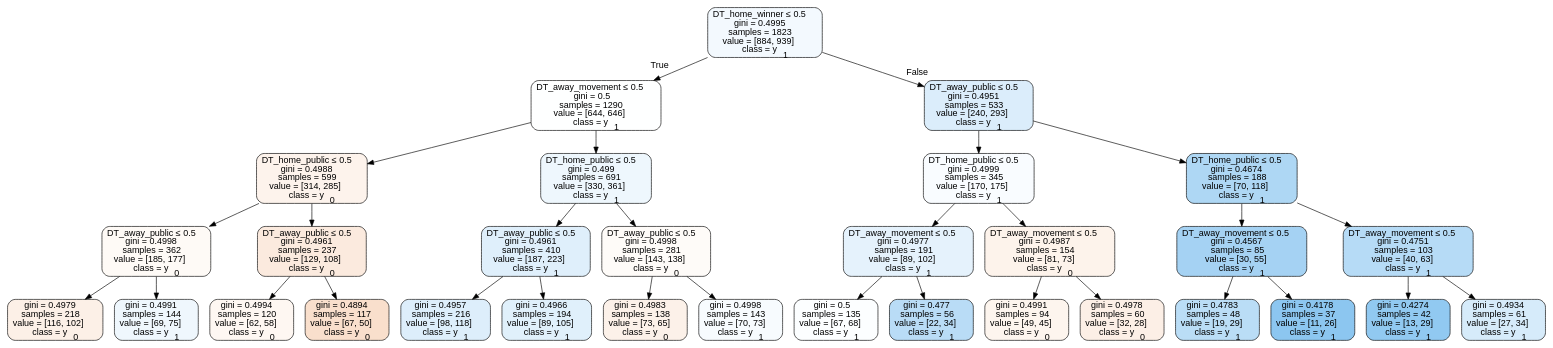
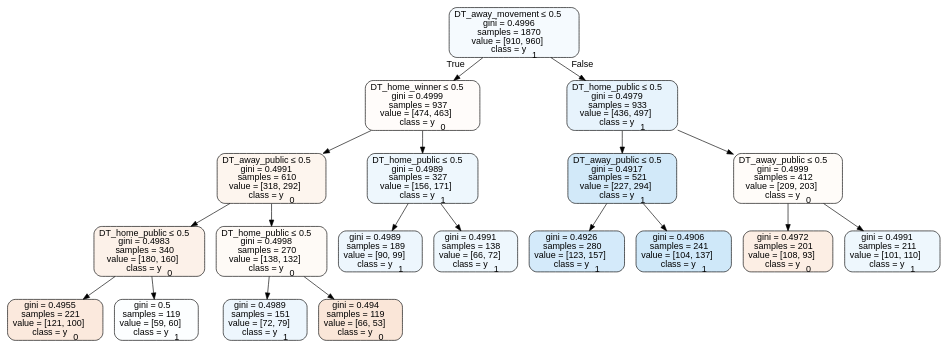
The diagram in tree_data/tree2016neutral.dot (usbogie/ncaa-bets), drawn with Graphviz before and after one commit. The commit also changed 50 other files, not shown here.

```diff
--- a/tree_data/tree2016neutral.dot
+++ b/tree_data/tree2016neutral.dot
@@ -1,65 +1,41 @@
 digraph Tree {
 node [shape=box, style="filled, rounded", color="black", fontname=helvetica] ;
 edge [fontname=helvetica] ;
-0 [label=<DT_home_winner &le; 0.5<br/>gini = 0.4995<br/>samples = 1823<br/>value = [884, 939]<br/>class = y<SUB>1</SUB>>, fillcolor="#399de50f"] ;
-1 [label=<DT_away_movement &le; 0.5<br/>gini = 0.5<br/>samples = 1290<br/>value = [644, 646]<br/>class = y<SUB>1</SUB>>, fillcolor="#399de501"] ;
+0 [label=<DT_away_movement &le; 0.5<br/>gini = 0.4996<br/>samples = 1870<br/>value = [910, 960]<br/>class = y<SUB>1</SUB>>, fillcolor="#399de50d"] ;
+1 [label=<DT_home_winner &le; 0.5<br/>gini = 0.4999<br/>samples = 937<br/>value = [474, 463]<br/>class = y<SUB>0</SUB>>, fillcolor="#e5813906"] ;
 0 -> 1 [labeldistance=2.5, labelangle=45, headlabel="True"] ;
-2 [label=<DT_home_public &le; 0.5<br/>gini = 0.4988<br/>samples = 599<br/>value = [314, 285]<br/>class = y<SUB>0</SUB>>, fillcolor="#e5813918"] ;
+2 [label=<DT_away_public &le; 0.5<br/>gini = 0.4991<br/>samples = 610<br/>value = [318, 292]<br/>class = y<SUB>0</SUB>>, fillcolor="#e5813915"] ;
 1 -> 2 ;
-3 [label=<DT_away_public &le; 0.5<br/>gini = 0.4998<br/>samples = 362<br/>value = [185, 177]<br/>class = y<SUB>0</SUB>>, fillcolor="#e581390b"] ;
+3 [label=<DT_home_public &le; 0.5<br/>gini = 0.4983<br/>samples = 340<br/>value = [180, 160]<br/>class = y<SUB>0</SUB>>, fillcolor="#e581391c"] ;
 2 -> 3 ;
-4 [label=<gini = 0.4979<br/>samples = 218<br/>value = [116, 102]<br/>class = y<SUB>0</SUB>>, fillcolor="#e581391f"] ;
+4 [label=<gini = 0.4955<br/>samples = 221<br/>value = [121, 100]<br/>class = y<SUB>0</SUB>>, fillcolor="#e581392c"] ;
 3 -> 4 ;
-5 [label=<gini = 0.4991<br/>samples = 144<br/>value = [69, 75]<br/>class = y<SUB>1</SUB>>, fillcolor="#399de514"] ;
+5 [label=<gini = 0.5<br/>samples = 119<br/>value = [59, 60]<br/>class = y<SUB>1</SUB>>, fillcolor="#399de504"] ;
 3 -> 5 ;
-6 [label=<DT_away_public &le; 0.5<br/>gini = 0.4961<br/>samples = 237<br/>value = [129, 108]<br/>class = y<SUB>0</SUB>>, fillcolor="#e581392a"] ;
+6 [label=<DT_home_public &le; 0.5<br/>gini = 0.4998<br/>samples = 270<br/>value = [138, 132]<br/>class = y<SUB>0</SUB>>, fillcolor="#e581390b"] ;
 2 -> 6 ;
-7 [label=<gini = 0.4994<br/>samples = 120<br/>value = [62, 58]<br/>class = y<SUB>0</SUB>>, fillcolor="#e5813910"] ;
+7 [label=<gini = 0.4989<br/>samples = 151<br/>value = [72, 79]<br/>class = y<SUB>1</SUB>>, fillcolor="#399de517"] ;
 6 -> 7 ;
-8 [label=<gini = 0.4894<br/>samples = 117<br/>value = [67, 50]<br/>class = y<SUB>0</SUB>>, fillcolor="#e5813941"] ;
+8 [label=<gini = 0.494<br/>samples = 119<br/>value = [66, 53]<br/>class = y<SUB>0</SUB>>, fillcolor="#e5813932"] ;
 6 -> 8 ;
-9 [label=<DT_home_public &le; 0.5<br/>gini = 0.499<br/>samples = 691<br/>value = [330, 361]<br/>class = y<SUB>1</SUB>>, fillcolor="#399de516"] ;
+9 [label=<DT_home_public &le; 0.5<br/>gini = 0.4989<br/>samples = 327<br/>value = [156, 171]<br/>class = y<SUB>1</SUB>>, fillcolor="#399de516"] ;
 1 -> 9 ;
-10 [label=<DT_away_public &le; 0.5<br/>gini = 0.4961<br/>samples = 410<br/>value = [187, 223]<br/>class = y<SUB>1</SUB>>, fillcolor="#399de529"] ;
+10 [label=<gini = 0.4989<br/>samples = 189<br/>value = [90, 99]<br/>class = y<SUB>1</SUB>>, fillcolor="#399de517"] ;
 9 -> 10 ;
-11 [label=<gini = 0.4957<br/>samples = 216<br/>value = [98, 118]<br/>class = y<SUB>1</SUB>>, fillcolor="#399de52b"] ;
-10 -> 11 ;
-12 [label=<gini = 0.4966<br/>samples = 194<br/>value = [89, 105]<br/>class = y<SUB>1</SUB>>, fillcolor="#399de527"] ;
-10 -> 12 ;
-13 [label=<DT_away_public &le; 0.5<br/>gini = 0.4998<br/>samples = 281<br/>value = [143, 138]<br/>class = y<SUB>0</SUB>>, fillcolor="#e5813909"] ;
-9 -> 13 ;
-14 [label=<gini = 0.4983<br/>samples = 138<br/>value = [73, 65]<br/>class = y<SUB>0</SUB>>, fillcolor="#e581391c"] ;
+11 [label=<gini = 0.4991<br/>samples = 138<br/>value = [66, 72]<br/>class = y<SUB>1</SUB>>, fillcolor="#399de515"] ;
+9 -> 11 ;
+12 [label=<DT_home_public &le; 0.5<br/>gini = 0.4979<br/>samples = 933<br/>value = [436, 497]<br/>class = y<SUB>1</SUB>>, fillcolor="#399de51f"] ;
+0 -> 12 [labeldistance=2.5, labelangle=-45, headlabel="False"] ;
+13 [label=<DT_away_public &le; 0.5<br/>gini = 0.4917<br/>samples = 521<br/>value = [227, 294]<br/>class = y<SUB>1</SUB>>, fillcolor="#399de53a"] ;
+12 -> 13 ;
+14 [label=<gini = 0.4926<br/>samples = 280<br/>value = [123, 157]<br/>class = y<SUB>1</SUB>>, fillcolor="#399de537"] ;
 13 -> 14 ;
-15 [label=<gini = 0.4998<br/>samples = 143<br/>value = [70, 73]<br/>class = y<SUB>1</SUB>>, fillcolor="#399de50a"] ;
+15 [label=<gini = 0.4906<br/>samples = 241<br/>value = [104, 137]<br/>class = y<SUB>1</SUB>>, fillcolor="#399de53d"] ;
 13 -> 15 ;
-16 [label=<DT_away_public &le; 0.5<br/>gini = 0.4951<br/>samples = 533<br/>value = [240, 293]<br/>class = y<SUB>1</SUB>>, fillcolor="#399de52e"] ;
-0 -> 16 [labeldistance=2.5, labelangle=-45, headlabel="False"] ;
-17 [label=<DT_home_public &le; 0.5<br/>gini = 0.4999<br/>samples = 345<br/>value = [170, 175]<br/>class = y<SUB>1</SUB>>, fillcolor="#399de507"] ;
+16 [label=<DT_away_public &le; 0.5<br/>gini = 0.4999<br/>samples = 412<br/>value = [209, 203]<br/>class = y<SUB>0</SUB>>, fillcolor="#e5813907"] ;
+12 -> 16 ;
+17 [label=<gini = 0.4972<br/>samples = 201<br/>value = [108, 93]<br/>class = y<SUB>0</SUB>>, fillcolor="#e5813923"] ;
 16 -> 17 ;
-18 [label=<DT_away_movement &le; 0.5<br/>gini = 0.4977<br/>samples = 191<br/>value = [89, 102]<br/>class = y<SUB>1</SUB>>, fillcolor="#399de521"] ;
-17 -> 18 ;
-19 [label=<gini = 0.5<br/>samples = 135<br/>value = [67, 68]<br/>class = y<SUB>1</SUB>>, fillcolor="#399de504"] ;
-18 -> 19 ;
-20 [label=<gini = 0.477<br/>samples = 56<br/>value = [22, 34]<br/>class = y<SUB>1</SUB>>, fillcolor="#399de55a"] ;
-18 -> 20 ;
-21 [label=<DT_away_movement &le; 0.5<br/>gini = 0.4987<br/>samples = 154<br/>value = [81, 73]<br/>class = y<SUB>0</SUB>>, fillcolor="#e5813919"] ;
-17 -> 21 ;
-22 [label=<gini = 0.4991<br/>samples = 94<br/>value = [49, 45]<br/>class = y<SUB>0</SUB>>, fillcolor="#e5813915"] ;
-21 -> 22 ;
-23 [label=<gini = 0.4978<br/>samples = 60<br/>value = [32, 28]<br/>class = y<SUB>0</SUB>>, fillcolor="#e5813920"] ;
-21 -> 23 ;
-24 [label=<DT_home_public &le; 0.5<br/>gini = 0.4674<br/>samples = 188<br/>value = [70, 118]<br/>class = y<SUB>1</SUB>>, fillcolor="#399de568"] ;
-16 -> 24 ;
-25 [label=<DT_away_movement &le; 0.5<br/>gini = 0.4567<br/>samples = 85<br/>value = [30, 55]<br/>class = y<SUB>1</SUB>>, fillcolor="#399de574"] ;
-24 -> 25 ;
-26 [label=<gini = 0.4783<br/>samples = 48<br/>value = [19, 29]<br/>class = y<SUB>1</SUB>>, fillcolor="#399de558"] ;
-25 -> 26 ;
-27 [label=<gini = 0.4178<br/>samples = 37<br/>value = [11, 26]<br/>class = y<SUB>1</SUB>>, fillcolor="#399de593"] ;
-25 -> 27 ;
-28 [label=<DT_away_movement &le; 0.5<br/>gini = 0.4751<br/>samples = 103<br/>value = [40, 63]<br/>class = y<SUB>1</SUB>>, fillcolor="#399de55d"] ;
-24 -> 28 ;
-29 [label=<gini = 0.4274<br/>samples = 42<br/>value = [13, 29]<br/>class = y<SUB>1</SUB>>, fillcolor="#399de58d"] ;
-28 -> 29 ;
-30 [label=<gini = 0.4934<br/>samples = 61<br/>value = [27, 34]<br/>class = y<SUB>1</SUB>>, fillcolor="#399de534"] ;
-28 -> 30 ;
+18 [label=<gini = 0.4991<br/>samples = 211<br/>value = [101, 110]<br/>class = y<SUB>1</SUB>>, fillcolor="#399de515"] ;
+16 -> 18 ;
 }
```
